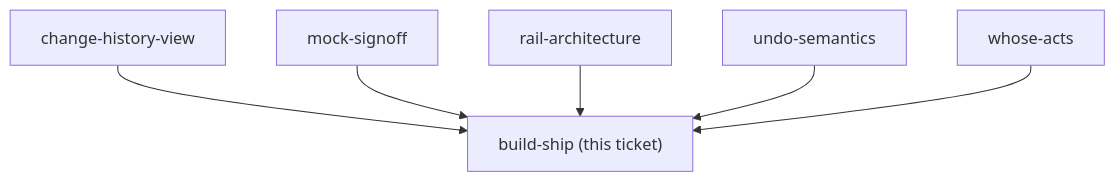
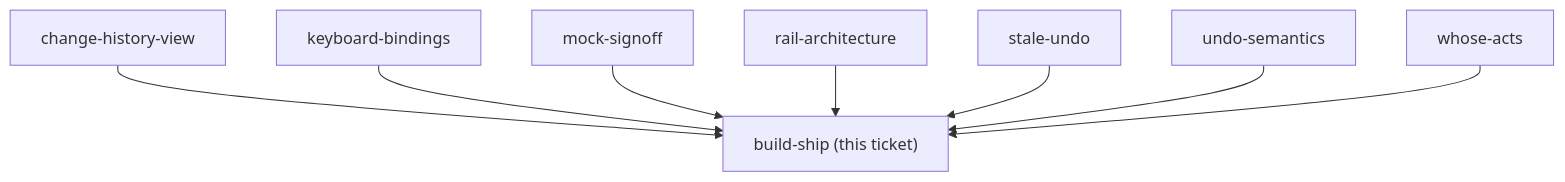
The diagram in docs/decision-map/shortcut-rail-106/tickets/build-ship.md (ThodsaphonSonthiphin/MenuNest), drawn with Mermaid before and after one commit. The commit also changed other lines of this file and 5 other files, not shown here.

````diff
--- a/docs/decision-map/shortcut-rail-106/tickets/build-ship.md
+++ b/docs/decision-map/shortcut-rail-106/tickets/build-ship.md
@@ -16,9 +16,11 @@
 ```mermaid
 graph TD
     ME["build-ship (this ticket)"]
     P0["change-history-view"] --> ME
-    P1["mock-signoff"] --> ME
-    P2["rail-architecture"] --> ME
-    P3["undo-semantics"] --> ME
-    P4["whose-acts"] --> ME
+    P1["keyboard-bindings"] --> ME
+    P2["mock-signoff"] --> ME
+    P3["rail-architecture"] --> ME
+    P4["stale-undo"] --> ME
+    P5["undo-semantics"] --> ME
+    P6["whose-acts"] --> ME
 ```
````
